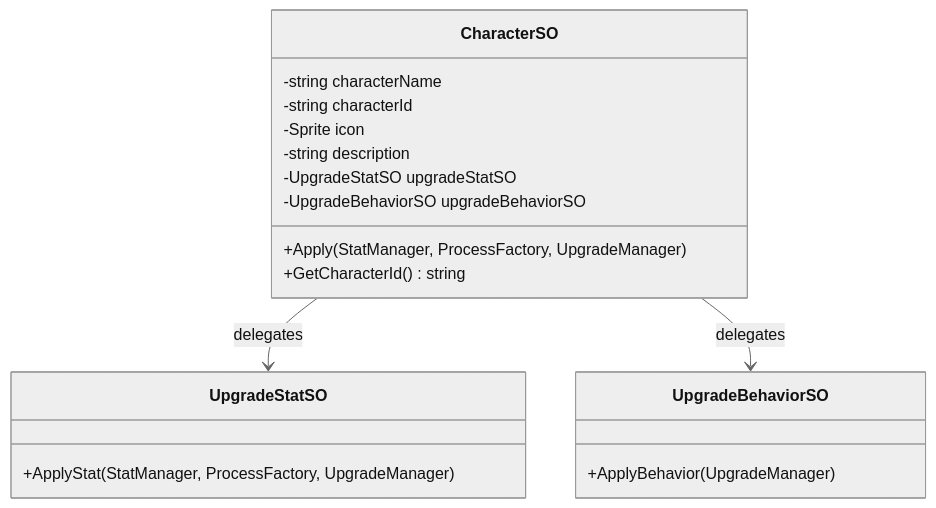
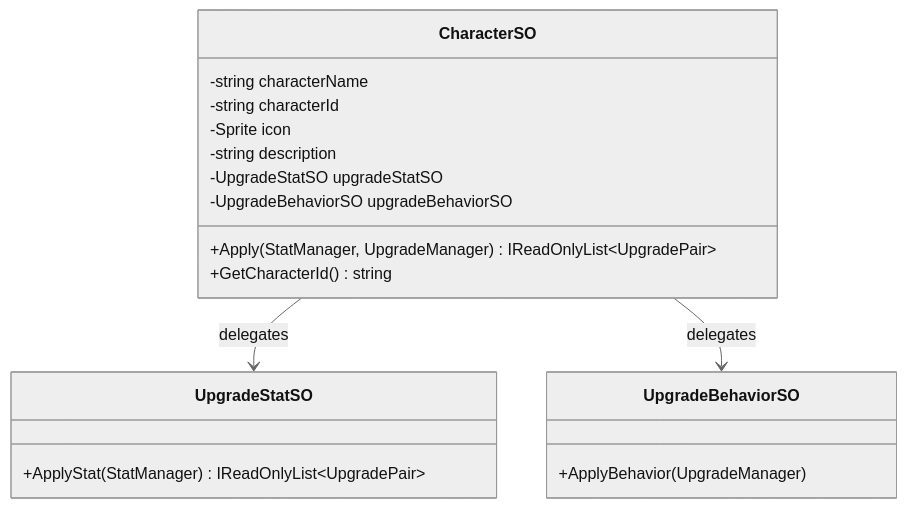
One commit to SevenDOnWay/Break-Brick changed the diagram in Assets/Scripts/SOScripts/CharacterPowerUp/README.md. Above: the diagram before and after it, drawn with Mermaid (neutral theme). The commit also changed other lines of this file and 71 other files, not shown here.

````diff
--- a/Assets/Scripts/SOScripts/CharacterPowerUp/README.md
+++ b/Assets/Scripts/SOScripts/CharacterPowerUp/README.md
@@ -42,24 +41,24 @@
 ```mermaid
 classDiagram
     class CharacterSO {
         -string characterName
         -string characterId
         -Sprite icon
         -string description
         -UpgradeStatSO upgradeStatSO
         -UpgradeBehaviorSO upgradeBehaviorSO
-        +Apply(StatManager, ProcessFactory, UpgradeManager)
+        +Apply(StatManager, UpgradeManager) IReadOnlyList~UpgradePair~
         +GetCharacterId() string
     }
 
     class UpgradeStatSO {
-        +ApplyStat(StatManager, ProcessFactory, UpgradeManager)
+        +ApplyStat(StatManager) IReadOnlyList~UpgradePair~
     }
 
     class UpgradeBehaviorSO {
         +ApplyBehavior(UpgradeManager)
     }
 
     CharacterSO --> UpgradeStatSO : delegates
     CharacterSO --> UpgradeBehaviorSO : delegates
 ```
````
